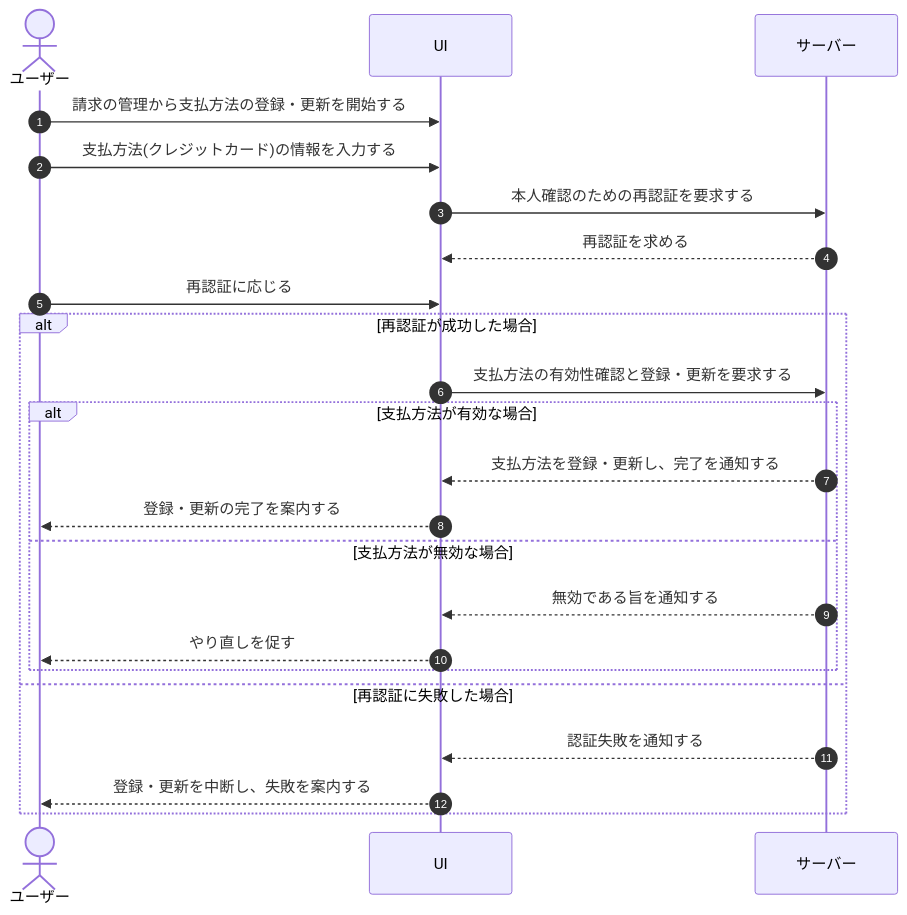
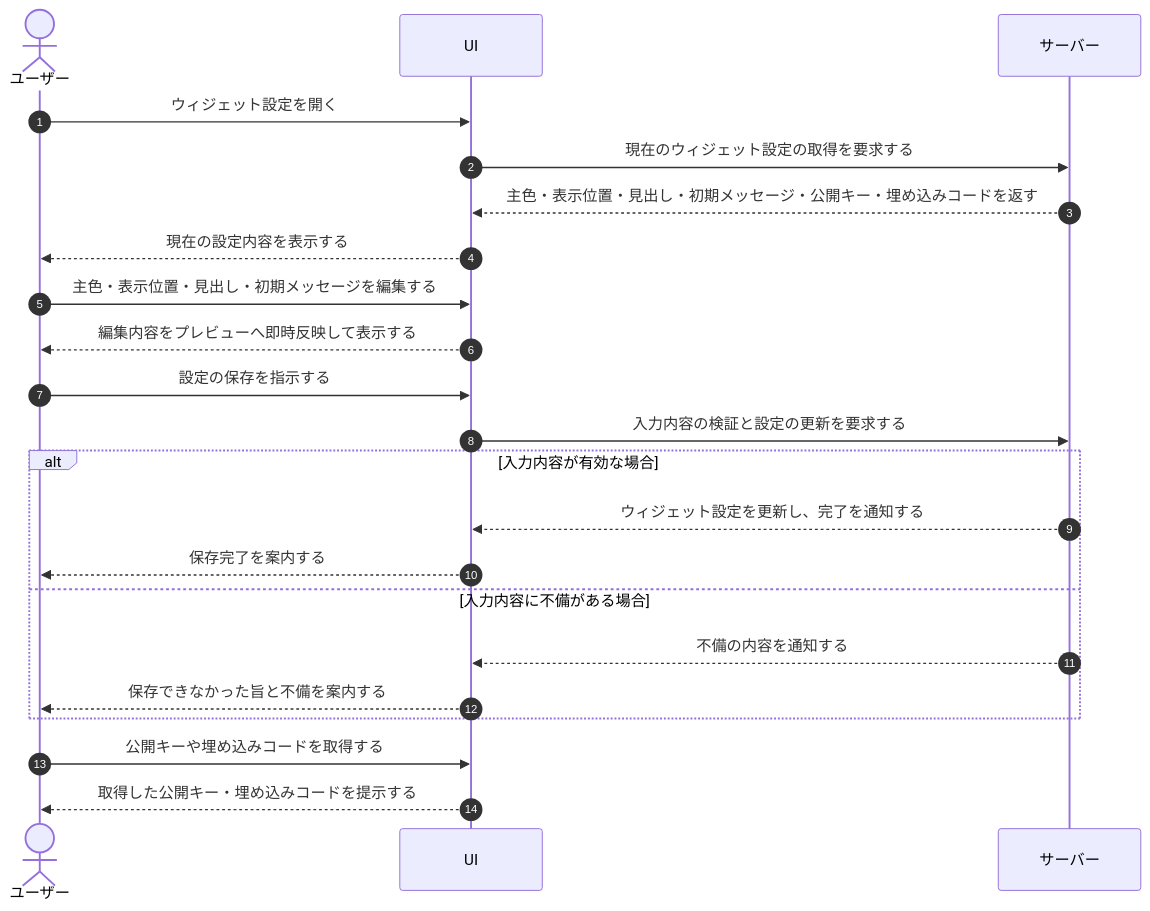
One commit to sikakou54/open-faq changed the diagram in 01_requirements/04_business_usecases/UC-038.md. Above: the diagram before and after it, drawn with Mermaid. The commit also changed other lines of this file and 395 other files, not shown here.

````diff
--- a/01_requirements/04_business_usecases/UC-038.md
+++ b/01_requirements/04_business_usecases/UC-038.md
@@ -25,26 +26,25 @@
 ```mermaid
 sequenceDiagram
   autonumber
   actor U as ユーザー
   participant UI as UI
   participant S as サーバー
 
-  U->>UI: 請求の管理から支払方法の登録・更新を開始する
-  U->>UI: 支払方法(クレジットカード)の情報を入力する
-  UI->>S: 本人確認のための再認証を要求する
-  S-->>UI: 再認証を求める
-  U->>UI: 再認証に応じる
-  alt 再認証が成功した場合
-    UI->>S: 支払方法の有効性確認と登録・更新を要求する
-    alt 支払方法が有効な場合
-      S-->>UI: 支払方法を登録・更新し、完了を通知する
-      UI-->>U: 登録・更新の完了を案内する
-    else 支払方法が無効な場合
-      S-->>UI: 無効である旨を通知する
-      UI-->>U: やり直しを促す
-    end
-  else 再認証に失敗した場合
-    S-->>UI: 認証失敗を通知する
-    UI-->>U: 登録・更新を中断し、失敗を案内する
+  U->>UI: ウィジェット設定を開く
+  UI->>S: 現在のウィジェット設定の取得を要求する
+  S-->>UI: 主色・表示位置・見出し・初期メッセージ・公開キー・埋め込みコードを返す
+  UI-->>U: 現在の設定内容を表示する
+  U->>UI: 主色・表示位置・見出し・初期メッセージを編集する
+  UI-->>U: 編集内容をプレビューへ即時反映して表示する
+  U->>UI: 設定の保存を指示する
+  UI->>S: 入力内容の検証と設定の更新を要求する
+  alt 入力内容が有効な場合
+    S-->>UI: ウィジェット設定を更新し、完了を通知する
+    UI-->>U: 保存完了を案内する
+  else 入力内容に不備がある場合
+    S-->>UI: 不備の内容を通知する
+    UI-->>U: 保存できなかった旨と不備を案内する
   end
+  U->>UI: 公開キーや埋め込みコードを取得する
+  UI-->>U: 取得した公開キー・埋め込みコードを提示する
 ```
````
